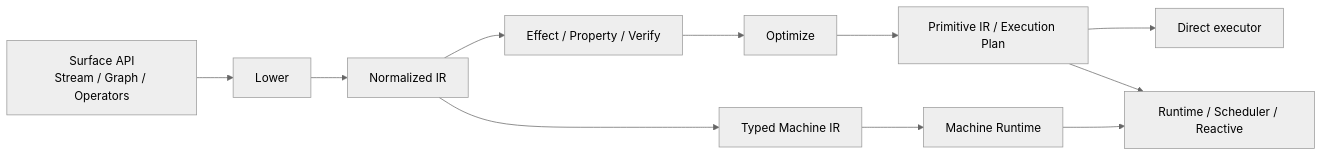
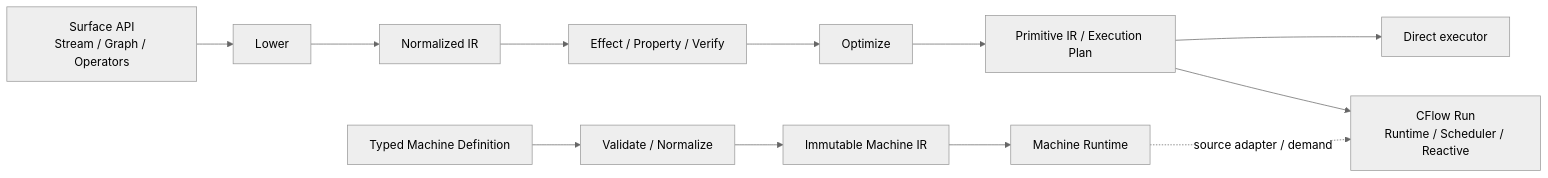
Before and after one commit to qigao/salts: the second of 2 diagrams in ARCHITECTURE.md, drawn with Mermaid (neutral theme). The commit also changed other lines of this file, not shown here.

Commit message:
docs: correct canonical dependency and CFlow machine graph

````diff
--- a/ARCHITECTURE.md
+++ b/ARCHITECTURE.md
@@ -143,19 +146,24 @@
 ```mermaid
 flowchart LR
     Surface[Surface API<br/>Stream / Graph / Operators]
     Lower[Lower]
     Normalized[Normalized IR]
     Analysis[Effect / Property / Verify]
     Optimize[Optimize]
     Plan[Primitive IR / Execution Plan]
     Direct[Direct executor]
-    Runtime[Runtime / Scheduler / Reactive]
-    Machine[Typed Machine IR]
+    Runtime[CFlow Run<br/>Runtime / Scheduler / Reactive]
+
+    MachineDef[Typed Machine Definition]
+    MachineBuild[Validate / Normalize]
+    Machine[Immutable Machine IR]
     MachineRuntime[Machine Runtime]
 
     Surface --> Lower --> Normalized
     Normalized --> Analysis --> Optimize --> Plan
     Plan --> Direct
     Plan --> Runtime
-    Normalized --> Machine --> MachineRuntime --> Runtime
+
+    MachineDef --> MachineBuild --> Machine --> MachineRuntime
+    MachineRuntime -. source adapter / demand .-> Runtime
 ```
````
